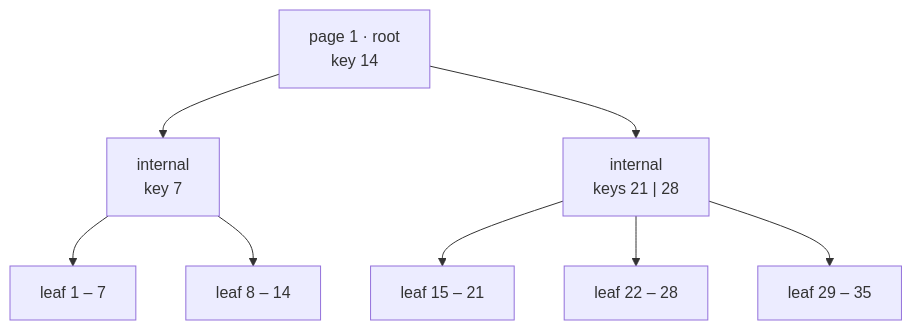
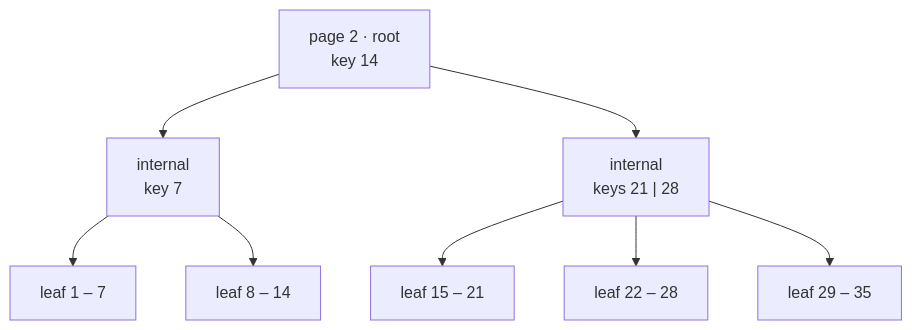
Before and after one commit to Rohitangshu2026/mini-sql: diagram 12 of 21 in README.md, drawn with Mermaid. The commit also changed other lines of this file, not shown here.

````diff
--- a/README.md
+++ b/README.md
@@ -662,13 +761,13 @@
 ```mermaid
 flowchart TD
-    R["page 1 · root<br/>key 14"]
+    R["page 2 · root<br/>key 14"]
     I1["internal<br/>key 7"]
     I2["internal<br/>keys 21 | 28"]
     R --> I1
     R --> I2
     I1 --> A["leaf 1 – 7"]
     I1 --> B["leaf 8 – 14"]
     I2 --> C["leaf 15 – 21"]
     I2 --> D["leaf 22 – 28"]
     I2 --> E["leaf 29 – 35"]
 ```
````
